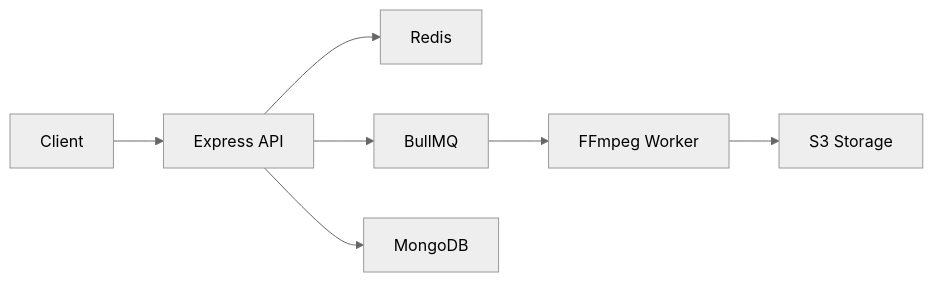
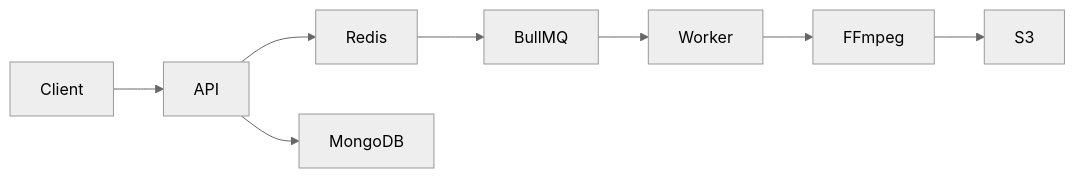
One commit to ItsKartik12/Backend-Project changed the diagram in Readme.md. Above: the diagram before and after it, drawn with Mermaid (neutral theme). The commit also changed other lines of this file, not shown here.

````diff
--- a/Readme.md
+++ b/Readme.md
@@ -31,9 +56,10 @@
 ```mermaid
 flowchart LR
-A[Client] --> B[Express API]
-B --> C[Redis]
-B --> D[BullMQ]
-D --> E[FFmpeg Worker]
-E --> F[S3 Storage]
-B --> G[MongoDB]
+Client --> API
+API --> Redis
+API --> MongoDB
+Redis --> BullMQ
+BullMQ --> Worker
+Worker --> FFmpeg
+FFmpeg --> S3
 ```
````
